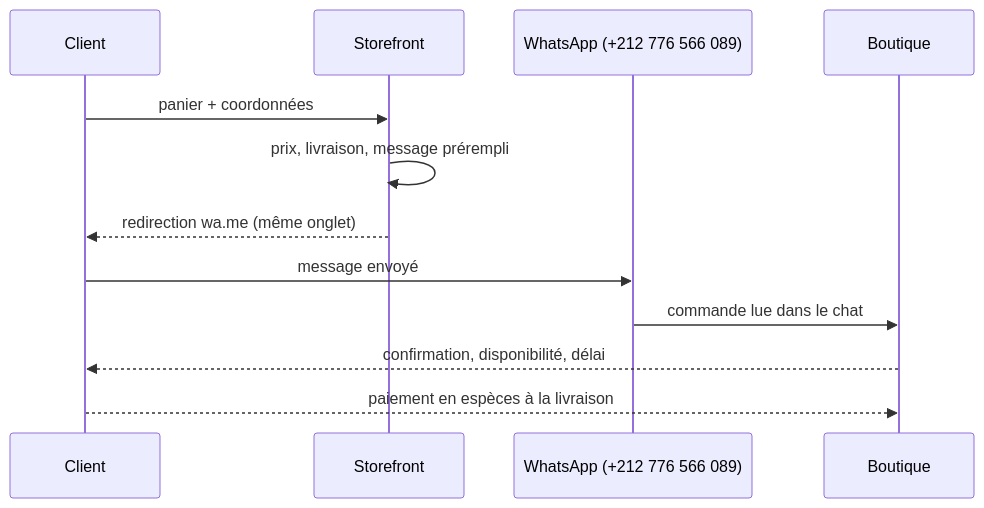
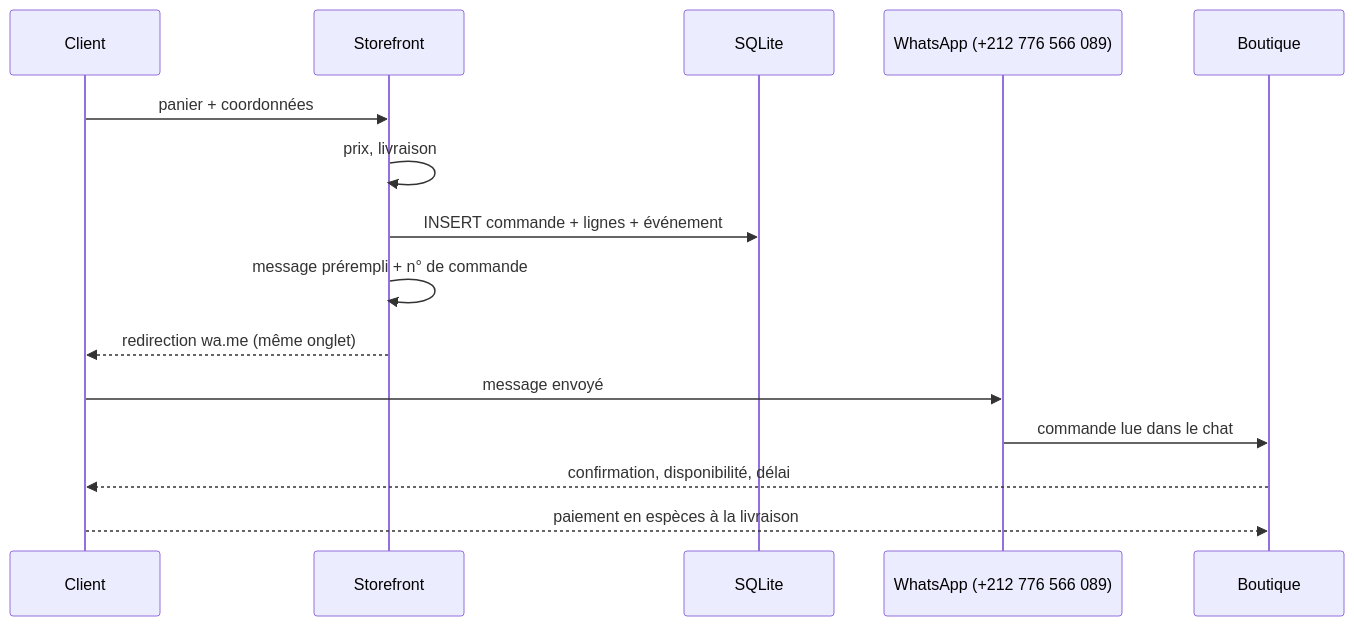
One commit to proteinstore26-morocco/proteinstore changed the second of 4 diagrams in docs/02-ux-ui.md. Above: the diagram before and after it, drawn with Mermaid. The commit also changed other lines of this file and 52 other files, not shown here.

````diff
--- a/docs/02-ux-ui.md
+++ b/docs/02-ux-ui.md
@@ -40,14 +41,17 @@
 ```mermaid
 sequenceDiagram
   participant C as Client
   participant W as Storefront
+  participant DB as SQLite
   participant WA as WhatsApp (+212 776 566 089)
   participant S as Boutique
   C->>W: panier + coordonnées
-  W->>W: prix, livraison, message prérempli
+  W->>W: prix, livraison
+  W->>DB: INSERT commande + lignes + événement
+  W->>W: message prérempli + n° de commande
   W-->>C: redirection wa.me (même onglet)
   C->>WA: message envoyé
   WA->>S: commande lue dans le chat
   S-->>C: confirmation, disponibilité, délai
   C-->>S: paiement en espèces à la livraison
 ```
````
